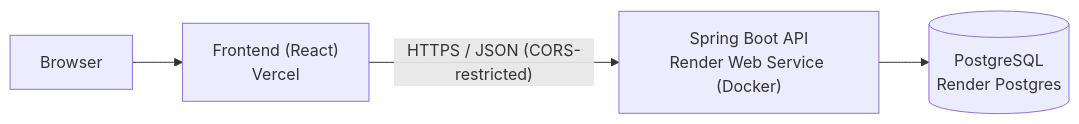
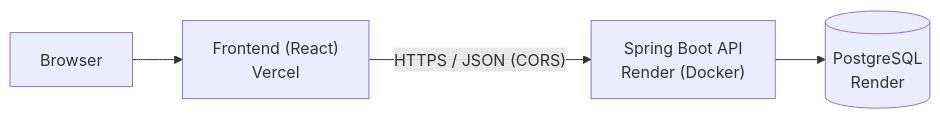
One commit to TamarGagnide/SalonBooking changed the diagram in README.md. Above: the diagram before and after it, drawn with Mermaid. The commit also changed other lines of this file and 2 other files, not shown here.

````diff
--- a/README.md
+++ b/README.md
@@ -41,6 +73,6 @@
 ```mermaid
 graph LR
     User["Browser"] --> FE["Frontend (React)<br/>Vercel"]
-    FE -- "HTTPS / JSON (CORS-restricted)" --> API["Spring Boot API<br/>Render Web Service (Docker)"]
-    API --> DB[("PostgreSQL<br/>Render Postgres")]
+    FE -- "HTTPS / JSON (CORS)" --> API["Spring Boot API<br/>Render (Docker)"]
+    API --> DB[("PostgreSQL<br/>Render")]
 ```
````
